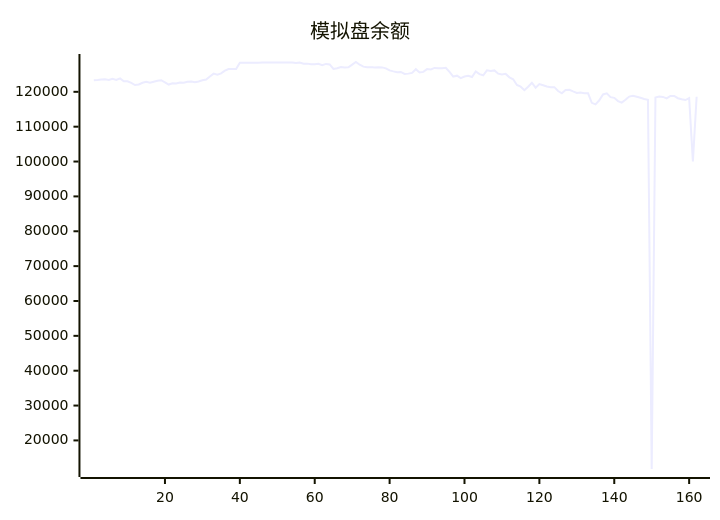
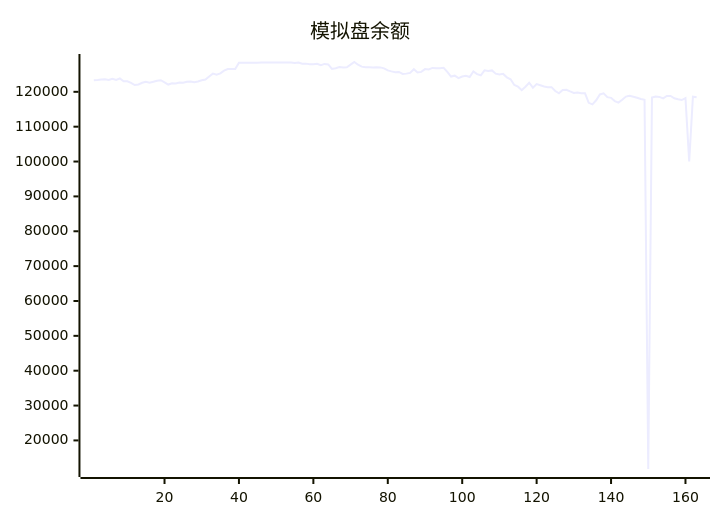
One commit to aahl/ai-trading changed the diagram in README.md. Above: the diagram before and after it, drawn with Mermaid. The commit also changed other lines of this file and 1 other file, not shown here.

````diff
--- a/README.md
+++ b/README.md
@@ -5,5 +5,5 @@
 ```mermaid
 xychart
     title "模拟盘余额"
-    line [123338,123402,123530,123592,123378,123745,123413,123853,123009,123040,122557,121938,122095,122599,122856,122597,122898,123160,123319,122719,122087,122454,122416,122685,122592,122907,122961,122776,122981,123295,123507,124403,125224,124894,125303,126088,126544,126534,126549,128335,128318,128318,128318,128318,128318,128424,128424,128424,128424,128424,128424,128424,128424,128424,128247,128412,128062,128087,127917,127901,128026,127611,128000,127850,126572,126770,127100,126971,127029,127783,128554,127765,127224,127064,127044,127009,127025,127004,126738,126152,125871,125635,125707,125117,125217,125420,126480,125545,125715,126511,126424,126856,126764,126788,126890,125710,124381,124632,123936,124402,124574,124256,125833,125070,124739,126154,125966,126145,125213,124943,125143,124157,123604,121959,121476,120476,121470,122610,121201,122221,121889,121522,121332,121344,120232,119559,120513,120577,120108,119680,119777,119572,119568,116839,116392,117573,119250,119585,118469,118277,117338,116897,117706,118628,118849,118579,118280,117926,117735,11802,118373,118639,118544,118136,118798,118819,118162,117874,117649,118215,100000,118601]
+    line [123338,123402,123530,123592,123378,123745,123413,123853,123009,123040,122557,121938,122095,122599,122856,122597,122898,123160,123319,122719,122087,122454,122416,122685,122592,122907,122961,122776,122981,123295,123507,124403,125224,124894,125303,126088,126544,126534,126549,128335,128318,128318,128318,128318,128318,128424,128424,128424,128424,128424,128424,128424,128424,128424,128247,128412,128062,128087,127917,127901,128026,127611,128000,127850,126572,126770,127100,126971,127029,127783,128554,127765,127224,127064,127044,127009,127025,127004,126738,126152,125871,125635,125707,125117,125217,125420,126480,125545,125715,126511,126424,126856,126764,126788,126890,125710,124381,124632,123936,124402,124574,124256,125833,125070,124739,126154,125966,126145,125213,124943,125143,124157,123604,121959,121476,120476,121470,122610,121201,122221,121889,121522,121332,121344,120232,119559,120513,120577,120108,119680,119777,119572,119568,116839,116392,117573,119250,119585,118469,118277,117338,116897,117706,118628,118849,118579,118280,117926,117735,11802,118373,118639,118544,118136,118798,118819,118162,117874,117649,118215,100000,118601,118463]
 ```
````
